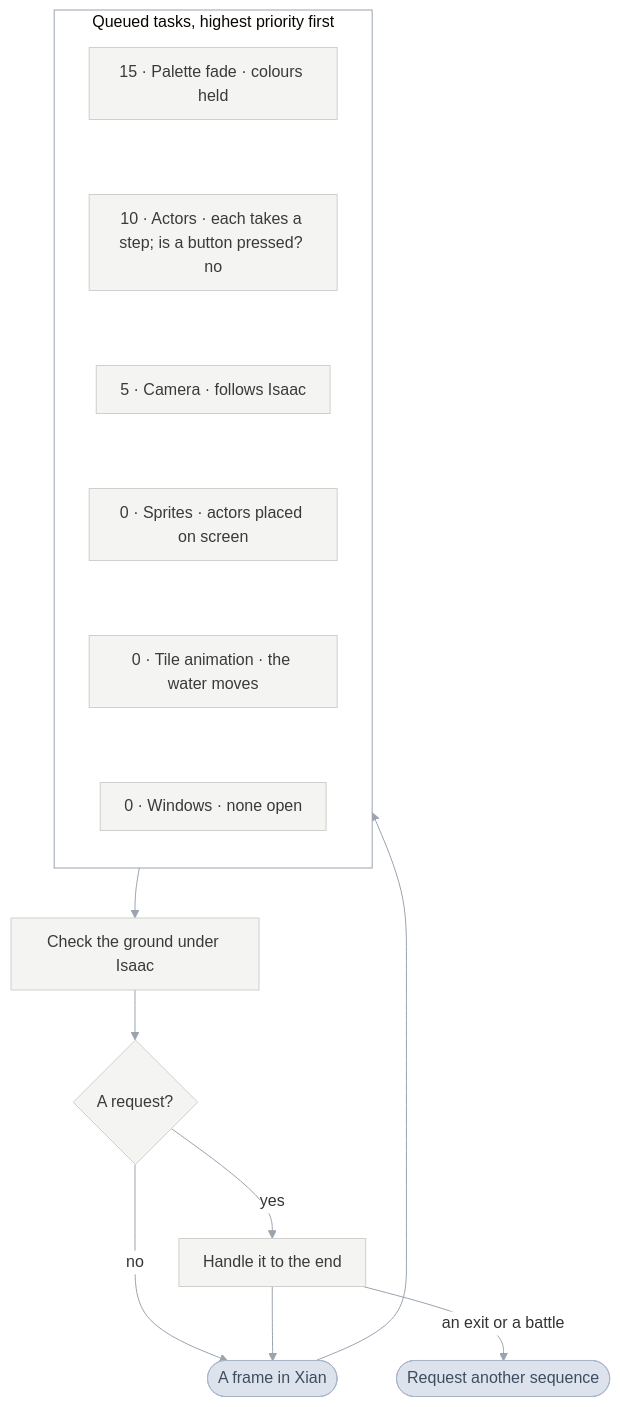
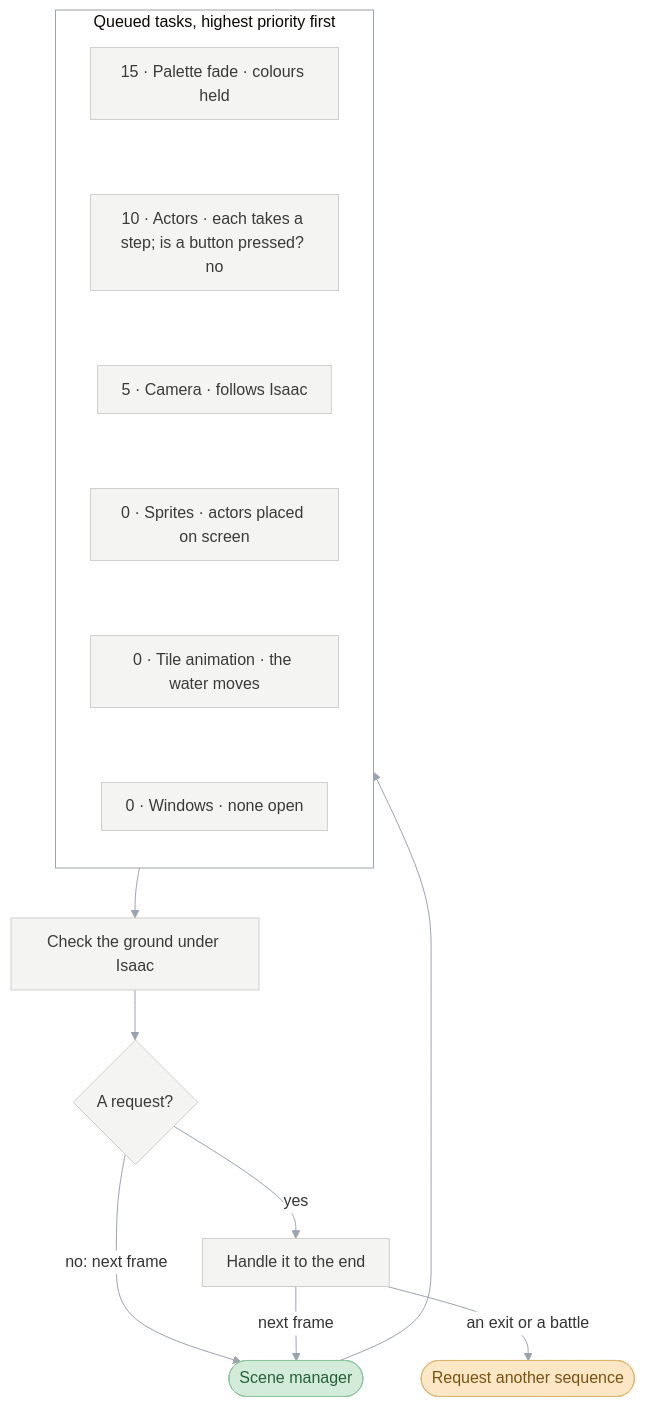
Before and after one commit to PascalPixel/alchemy: the fourth of 4 diagrams in games/tbs/README.md, drawn with Mermaid. The commit also changed other lines of this file, not shown here.

First line of the commit message:
☀️ Front page: one name and colour for what links two charts

````diff
--- a/games/tbs/README.md
+++ b/games/tbs/README.md
@@ -113,23 +125,27 @@
 ```mermaid
 %%{init: {"theme": "base", "themeVariables": {"lineColor": "#9AA3AE", "edgeLabelBackground": "#FFFFFF"}, "flowchart": {"curve": "basis", "padding": 12}}}%%
 flowchart TD
-  frame(["A frame in Xian"]) --> queue
+  frame(["Scene manager"]) --> queue
   subgraph queue ["Queued tasks, highest priority first"]
     direction TB
     t1["15 · Palette fade · colours held"] ~~~ t2["10 · Actors · each takes a step; is a button pressed? no"]
     t2 ~~~ t3["5 · Camera · follows Isaac"] ~~~ t4["0 · Sprites · actors placed on screen"]
     t4 ~~~ t5["0 · Tile animation · the water moves"] ~~~ t6["0 · Windows · none open"]
   end
   queue --> ground["Check the ground under Isaac"]
   ground --> check{"A request?"}
-  check -->|"no"| frame
+  check -->|"no: next frame"| frame
   check -->|"yes"| handle["Handle it to the end"]
-  handle --> frame
+  handle -->|"next frame"| frame
   handle -->|"an exit or a battle"| next(["Request another sequence"])
-  classDef link fill:#DDE3EC,stroke:#A9B6C8,color:#3E4C60
+  classDef sequenceManager fill:#DDE3EC,stroke:#8FA0B8,color:#2E3C50
+  classDef sceneSequence fill:#F6D5D2,stroke:#D9928B,color:#8A2A22
+  classDef sceneManager fill:#D3EBD9,stroke:#8DC49E,color:#25603A
+  classDef request fill:#FBE7C6,stroke:#E0B46A,color:#7A5212
   classDef step fill:#F4F4F2,stroke:#CFCFCB,color:#3A3A38
-  class frame,next link
+  class frame sceneManager
+  class next request
   class t1,t2,t3,t4,t5,t6,ground,handle step
   style queue fill:#FFFFFF,stroke:#9AA3AE
   class check step
 ```
````
